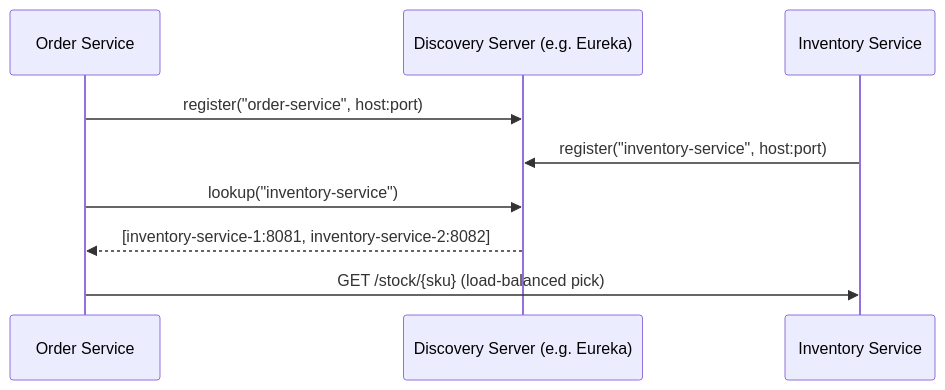
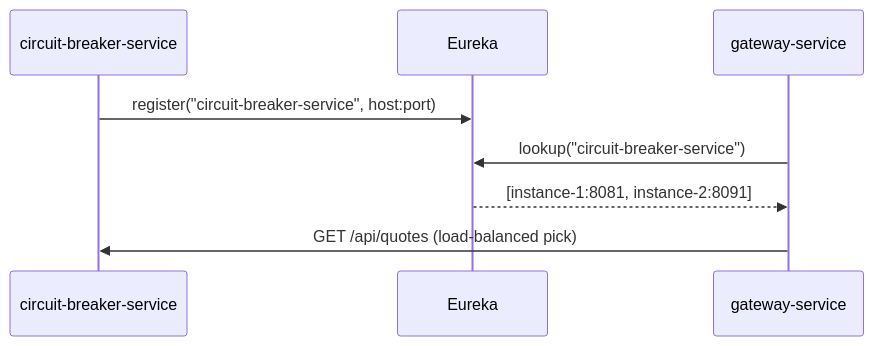
One commit to himnay/learning-design-pattern changed the third of 4 diagrams in microservice-patterns/README.md. Above: the diagram before and after it, drawn with Mermaid. The commit also changed other lines of this file and 25 other files, not shown here.

First line of the commit message:
feat(microservice-patterns): implement Circuit Breaker and API Gateway patterns

````diff
--- a/microservice-patterns/README.md
+++ b/microservice-patterns/README.md
@@ -106,12 +145,11 @@
 ```mermaid
 sequenceDiagram
-    participant OrderSvc as Order Service
-    participant Registry as Discovery Server (e.g. Eureka)
-    participant InventorySvc as Inventory Service
+    participant CB as circuit-breaker-service
+    participant Registry as Eureka
+    participant GW as gateway-service
 
-    OrderSvc->>Registry: register("order-service", host:port)
-    InventorySvc->>Registry: register("inventory-service", host:port)
-    OrderSvc->>Registry: lookup("inventory-service")
-    Registry-->>OrderSvc: [inventory-service-1:8081, inventory-service-2:8082]
-    OrderSvc->>InventorySvc: GET /stock/{sku} (load-balanced pick)
+    CB->>Registry: register("circuit-breaker-service", host:port)
+    GW->>Registry: lookup("circuit-breaker-service")
+    Registry-->>GW: [instance-1:8081, instance-2:8091]
+    GW->>CB: GET /api/quotes (load-balanced pick)
 ```
````
